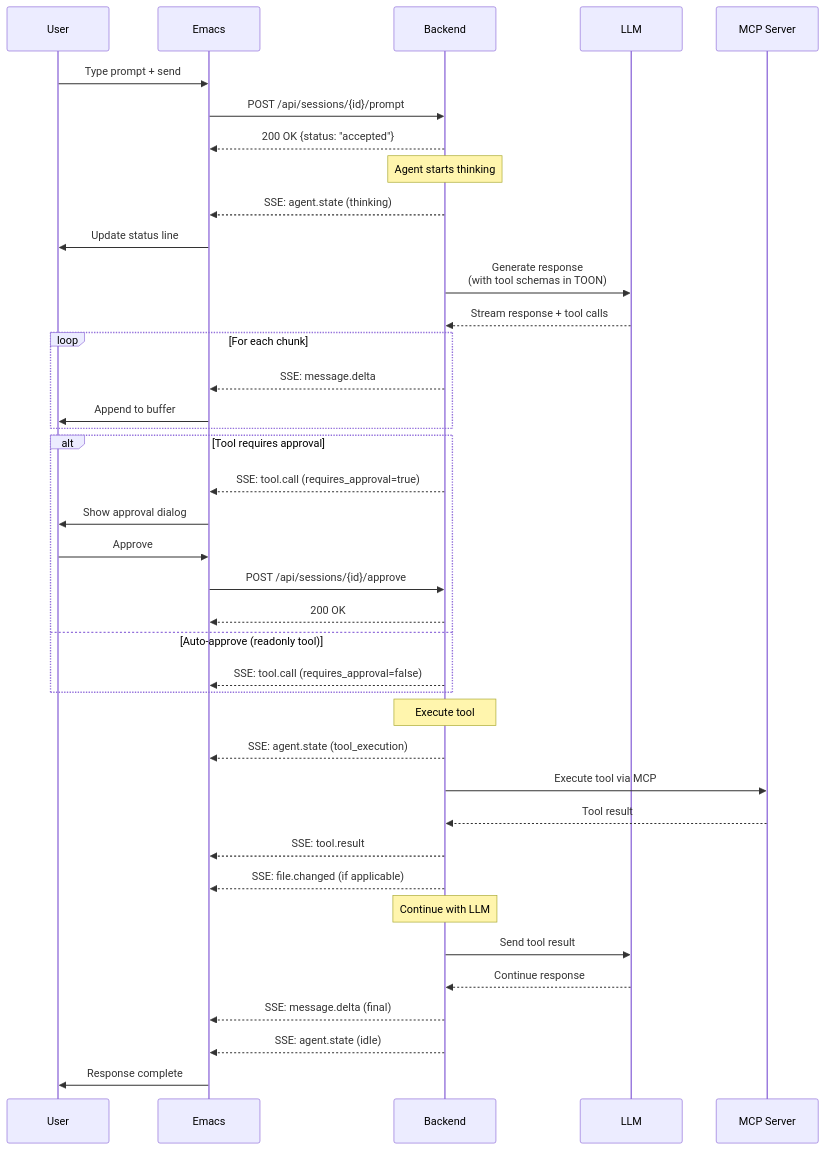
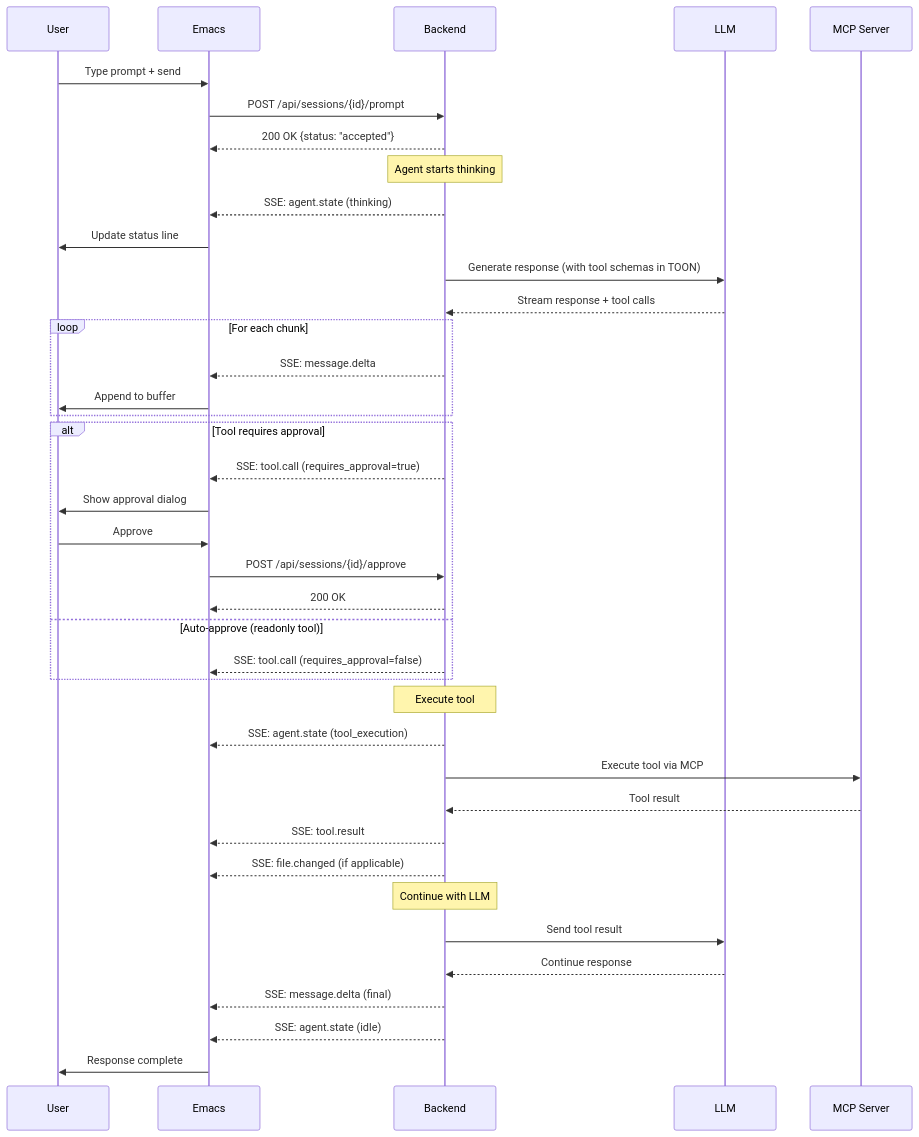
The second of 5 diagrams in wiki/Communication-Protocol.md (softwarewrighter/emacs-agent), drawn with Mermaid before and after one commit. The commit also changed other lines of this file and 7 other files, not shown here.

First line of the commit message:
Fix wiki Mermaid diagrams: remove <br/> tags

````diff
--- a/wiki/Communication-Protocol.md
+++ b/wiki/Communication-Protocol.md
@@ -333,50 +333,50 @@
 ```mermaid
 sequenceDiagram
     participant U as User
     participant E as Emacs
     participant B as Backend
     participant L as LLM
     participant M as MCP Server
 
     U->>E: Type prompt + send
     E->>B: POST /api/sessions/{id}/prompt
     B-->>E: 200 OK {status: "accepted"}
 
     Note over B: Agent starts thinking
     B-->>E: SSE: agent.state (thinking)
     E->>U: Update status line
 
-    B->>L: Generate response<br/>(with tool schemas in TOON)
+    B->>L: Generate response (with tool schemas in TOON)
     L-->>B: Stream response + tool calls
 
     loop For each chunk
         B-->>E: SSE: message.delta
         E->>U: Append to buffer
     end
 
     alt Tool requires approval
         B-->>E: SSE: tool.call (requires_approval=true)
         E->>U: Show approval dialog
         U->>E: Approve
         E->>B: POST /api/sessions/{id}/approve
         B-->>E: 200 OK
     else Auto-approve (readonly tool)
         B-->>E: SSE: tool.call (requires_approval=false)
     end
 
     Note over B: Execute tool
     B-->>E: SSE: agent.state (tool_execution)
     B->>M: Execute tool via MCP
     M-->>B: Tool result
 
     B-->>E: SSE: tool.result
     B-->>E: SSE: file.changed (if applicable)
 
     Note over B: Continue with LLM
     B->>L: Send tool result
     L-->>B: Continue response
 
     B-->>E: SSE: message.delta (final)
     B-->>E: SSE: agent.state (idle)
     E->>U: Response complete
 ```
````
